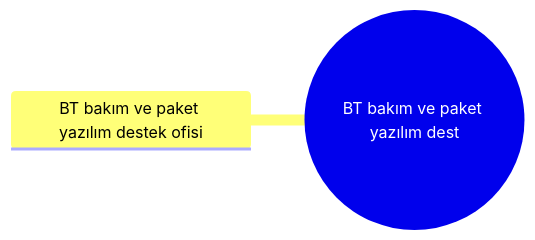
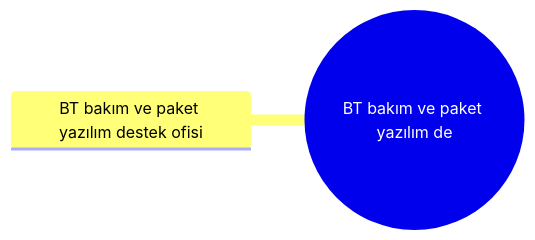
One commit to sametkarabulut-dev/xfuturepos-v2 changed the diagram in 02 İşletmeler/15 Teknoloji Medya & Ajans/BT bakım ve paket yazılım destek ofisi/Dal – BT bakım ve paket yazılım destek ofisi.md. Above: the diagram before and after it, drawn with Mermaid. The commit also changed other lines of this file and 241 other files, not shown here.

````diff
--- a/02 İşletmeler/15 Teknoloji Medya & Ajans/BT bakım ve paket yazılım destek ofisi/Dal – BT bakım ve paket yazılım destek ofisi.md
+++ b/02 İşletmeler/15 Teknoloji Medya & Ajans/BT bakım ve paket yazılım destek ofisi/Dal – BT bakım ve paket yazılım destek ofisi.md
@@ -22,5 +22,5 @@
 ```mermaid
 mindmap
-  root((BT bakım ve paket yazılım dest))
+  root((BT bakım ve paket yazılım de))
     BT bakım ve paket yazılım destek ofisi
 ```
````
